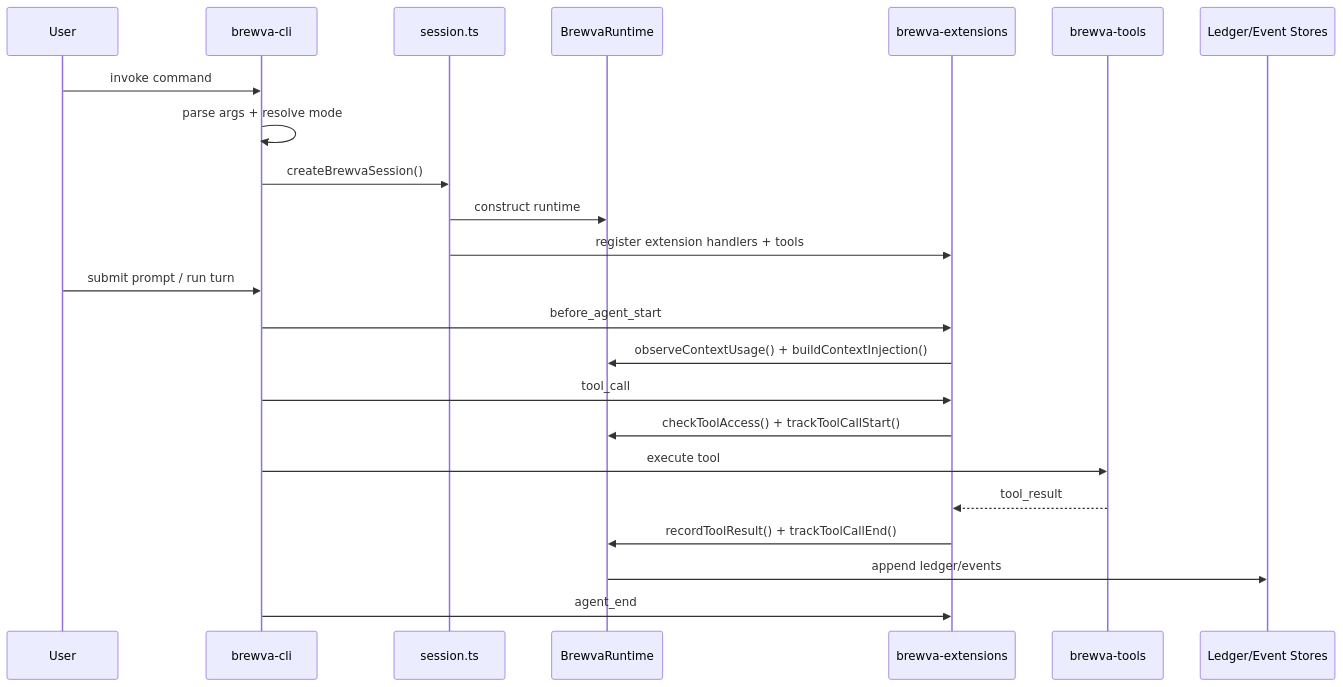
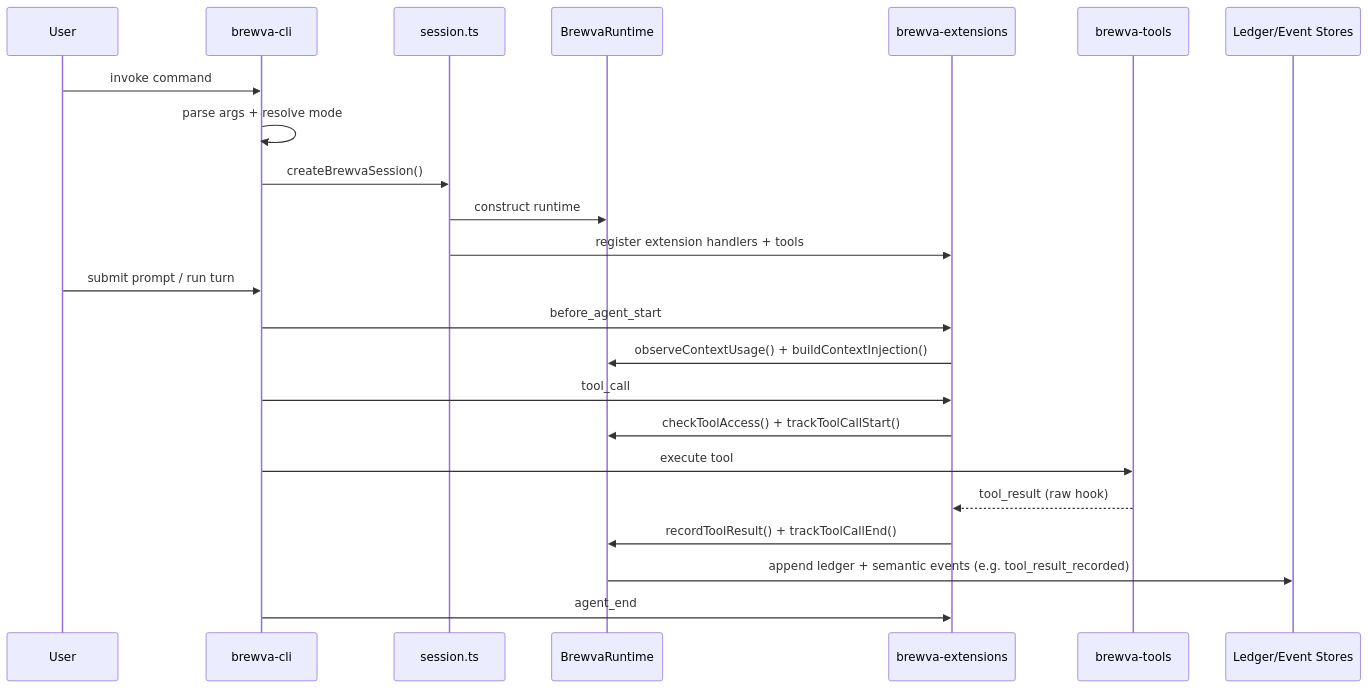
One commit to arcthur/pi-roaster changed the first of 5 diagrams in docs/architecture/control-and-data-flow.md. Above: the diagram before and after it, drawn with Mermaid. The commit also changed other lines of this file and 46 other files, not shown here.

````diff
--- a/docs/architecture/control-and-data-flow.md
+++ b/docs/architecture/control-and-data-flow.md
@@ -8,26 +8,26 @@
 ```mermaid
 sequenceDiagram
   participant U as User
   participant CLI as brewva-cli
   participant SES as session.ts
   participant RT as BrewvaRuntime
   participant EXT as brewva-extensions
   participant TOOLS as brewva-tools
   participant STORES as Ledger/Event Stores
 
   U->>CLI: invoke command
   CLI->>CLI: parse args + resolve mode
   CLI->>SES: createBrewvaSession()
   SES->>RT: construct runtime
   SES->>EXT: register extension handlers + tools
   U->>CLI: submit prompt / run turn
   CLI->>EXT: before_agent_start
   EXT->>RT: observeContextUsage() + buildContextInjection()
   CLI->>EXT: tool_call
   EXT->>RT: checkToolAccess() + trackToolCallStart()
   CLI->>TOOLS: execute tool
-  TOOLS-->>EXT: tool_result
+  TOOLS-->>EXT: tool_result (raw hook)
   EXT->>RT: recordToolResult() + trackToolCallEnd()
-  RT->>STORES: append ledger/events
+  RT->>STORES: append ledger + semantic events (e.g. tool_result_recorded)
   CLI->>EXT: agent_end
 ```
````
